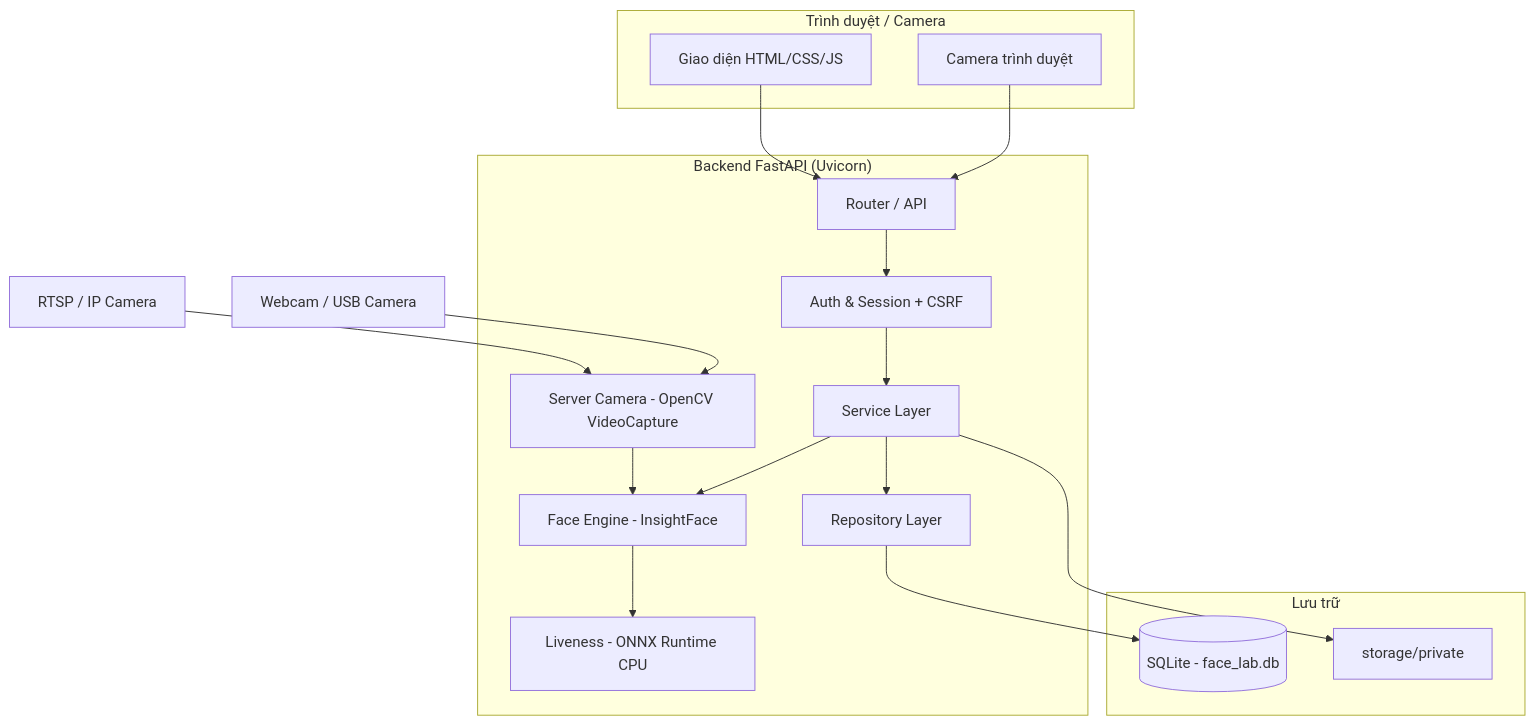
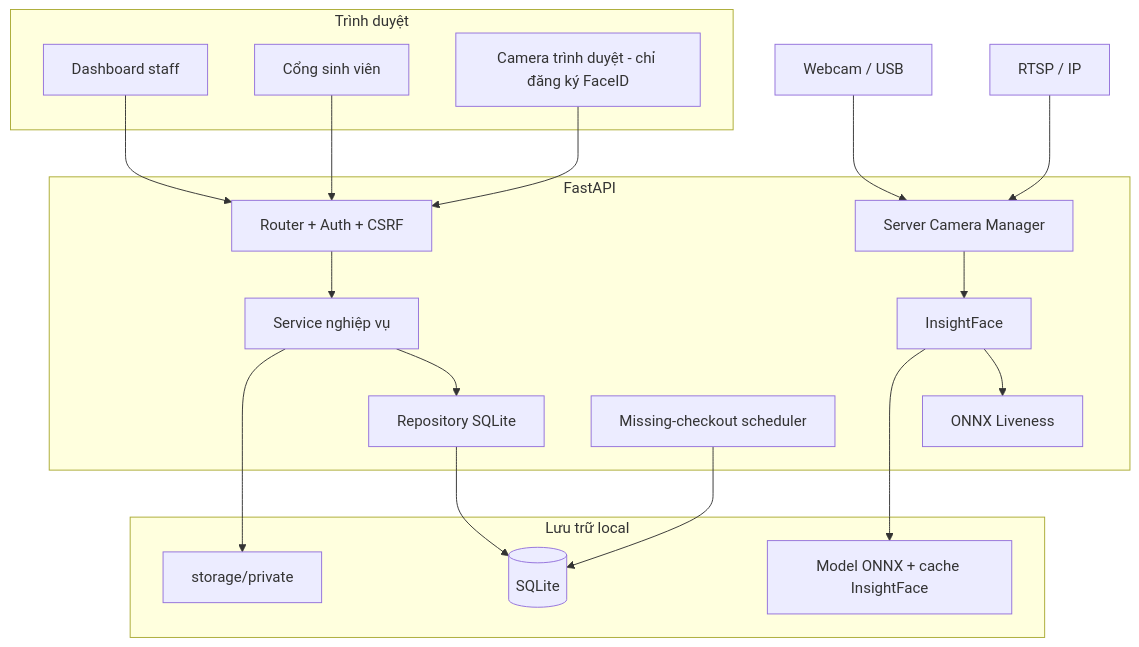
One commit to chungnguyenvp/Face-Recognition-Attendance-System changed the first of 2 diagrams in README.md. Above: the diagram before and after it, drawn with Mermaid. The commit also changed other lines of this file, not shown here.

````diff
--- a/README.md
+++ b/README.md
@@ -63,34 +77,32 @@
 ```mermaid
 flowchart TB
-    subgraph Client["Trình duyệt / Camera"]
-        BC[Camera trình duyệt]
-        UI[Giao diện HTML/CSS/JS]
+    subgraph Client["Trình duyệt"]
+        StaffUI["Dashboard staff"]
+        StudentUI["Cổng sinh viên"]
+        BrowserCamera["Camera trình duyệt - chỉ đăng ký FaceID"]
     end
-
-    subgraph Server["Backend FastAPI (Uvicorn)"]
-        R[Router / API]
-        AUTH[Auth & Session + CSRF]
-        SVC[Service Layer]
-        REPO[Repository Layer]
-        SCAM[Server Camera - OpenCV VideoCapture]
-        FACE[Face Engine - InsightFace]
-        LIVE[Liveness - ONNX Runtime CPU]
+    subgraph Server["FastAPI"]
+        Router["Router + Auth + CSRF"]
+        Service["Service nghiệp vụ"]
+        Repository["Repository SQLite"]
+        CameraManager["Server Camera Manager"]
+        FaceEngine["InsightFace"]
+        Liveness["ONNX Liveness"]
+        Worker["Missing-checkout scheduler"]
     end
-
-    subgraph Storage["Lưu trữ"]
-        DB[(SQLite - face_lab.db)]
-        PRIV[storage/private]
+    subgraph Storage["Lưu trữ local"]
+        DB[("SQLite")]
+        Private["storage/private"]
+        Models["Model ONNX + cache InsightFace"]
     end
-
-    RTSP[RTSP / IP Camera]
-    WEBCAM[Webcam / USB Camera]
-
-    UI --> R
-    BC --> R
-    RTSP --> SCAM
-    WEBCAM --> SCAM
-    R --> AUTH --> SVC --> REPO --> DB
-    SCAM --> FACE --> LIVE
-    SVC --> FACE
-    SVC --> PRIV
+    Webcam["Webcam / USB"] --> CameraManager
+    RTSP["RTSP / IP"] --> CameraManager
+    StaffUI --> Router
+    StudentUI --> Router
+    BrowserCamera --> Router
+    Router --> Service --> Repository --> DB
+    CameraManager --> FaceEngine --> Liveness
+    FaceEngine --> Models
+    Service --> Private
+    Worker --> DB
 ```
````
